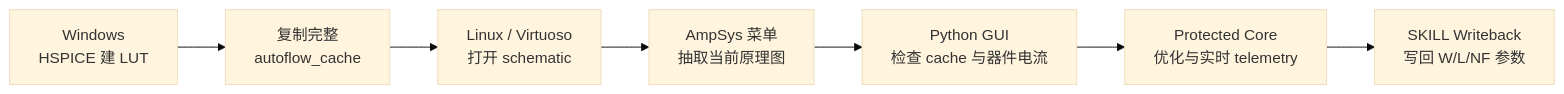
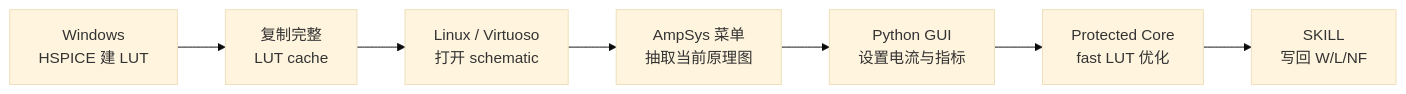
The diagram in README.md (KonataLin/AmpSysCadencePlugin), drawn with Mermaid (base theme) before and after one commit. The commit also changed other lines of this file and 311 other files, not shown here.

````diff
--- a/README.md
+++ b/README.md
@@ -35,9 +28,9 @@
 ```mermaid
 flowchart LR
-  A["Windows<br/>HSPICE 建 LUT"] --> B["复制完整<br/>autoflow_cache"]
+  A["Windows<br/>HSPICE 建 LUT"] --> B["复制完整<br/>LUT cache"]
   B --> C["Linux / Virtuoso<br/>打开 schematic"]
   C --> D["AmpSys 菜单<br/>抽取当前原理图"]
-  D --> E["Python GUI<br/>检查 cache 与器件电流"]
-  E --> F["Protected Core<br/>优化与实时 telemetry"]
-  F --> G["SKILL Writeback<br/>写回 W/L/NF 参数"]
+  D --> E["Python GUI<br/>设置电流与指标"]
+  E --> F["Protected Core<br/>fast LUT 优化"]
+  F --> G["SKILL<br/>写回 W/L/NF"]
 ```
````
